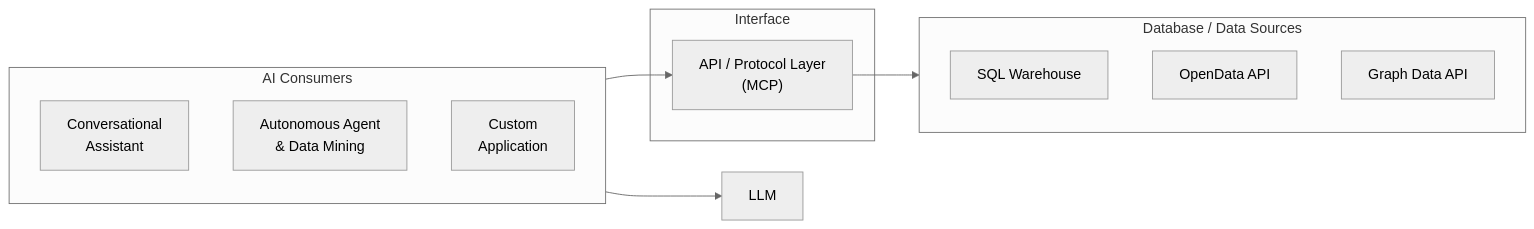
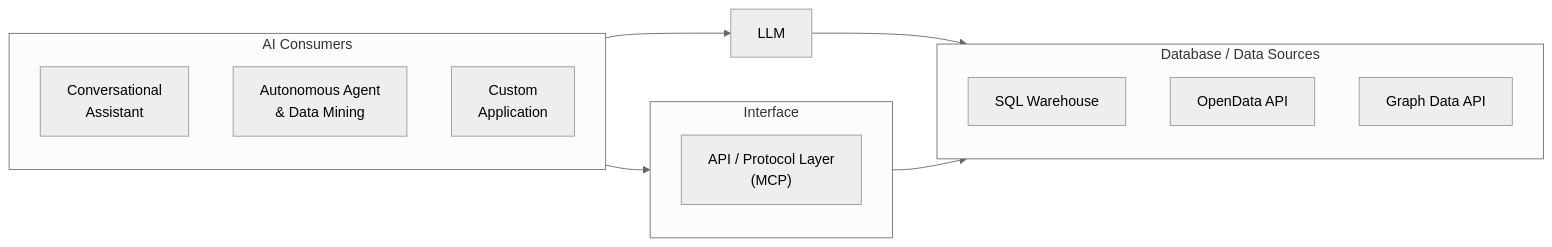
One commit to M-A-Operating-System/shared-work changed the first of 2 diagrams in docs/product/analytics/00-overview.md. Above: the diagram before and after it, drawn with Mermaid (neutral theme). The commit also changed other lines of this file, not shown here.

First line of the commit message:
fix(docs/analytics): fix mermaid diagram rendering in overview

````diff
--- a/docs/product/analytics/00-overview.md
+++ b/docs/product/analytics/00-overview.md
@@ -116,24 +116,26 @@
 ```mermaid
 flowchart LR
     subgraph clients["AI Consumers"]
         direction TB
         C1["Conversational\nAssistant"]
         C2["Autonomous Agent\n& Data Mining"]
         C3["Custom\nApplication"]
     end
     L["LLM"]
 
     subgraph I["Interface"]
-    M["API / Protocol Layer\n(MCP)"]
+        direction TB
+        M["API / Protocol Layer\n(MCP)"]
     end
 
     subgraph data["Database / Data Sources"]
         direction TB
         D1["SQL Warehouse"]
         D2["OpenData API"]
         D3["Graph Data API"]
     end
     clients --> L
+    L --> data
     clients --> M
     M --> data
 ```
````
